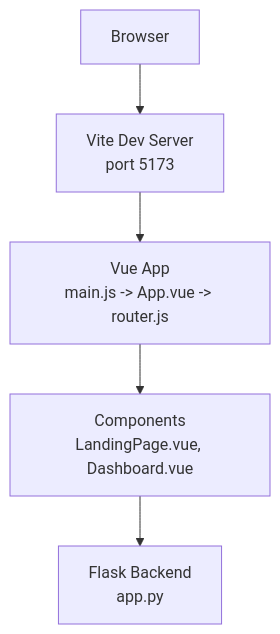
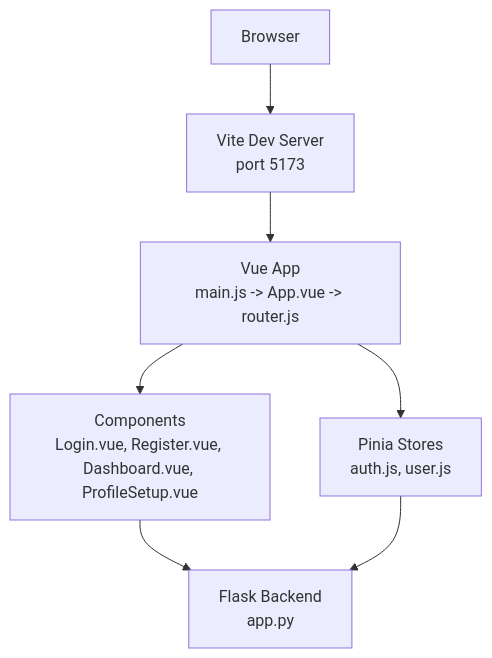
One commit to hsarjun04-netizen/NUTRICooACH changed the first of 8 diagrams in .qoder/repowiki/en/content/Frontend Application/Build Process and Development Environment.md. Above: the diagram before and after it, drawn with Mermaid. The commit also changed other lines of this file and 7 other files, not shown here.

````diff
--- a/.qoder/repowiki/en/content/Frontend Application/Build Process and Development Environment.md
+++ b/.qoder/repowiki/en/content/Frontend Application/Build Process and Development Environment.md
@@ -34,12 +50,15 @@
 ```mermaid
 graph TB
 Browser["Browser"]
 ViteDev["Vite Dev Server<br/>port 5173"]
 VueApp["Vue App<br/>main.js -> App.vue -> router.js"]
-Components["Components<br/>LandingPage.vue, Dashboard.vue"]
+Stores["Pinia Stores<br/>auth.js, user.js"]
+Components["Components<br/>Login.vue, Register.vue, Dashboard.vue, ProfileSetup.vue"]
 Backend["Flask Backend<br/>app.py"]
 Browser --> ViteDev
 ViteDev --> VueApp
+VueApp --> Stores
 VueApp --> Components
 Components --> Backend
+Stores --> Backend
 ```
````
